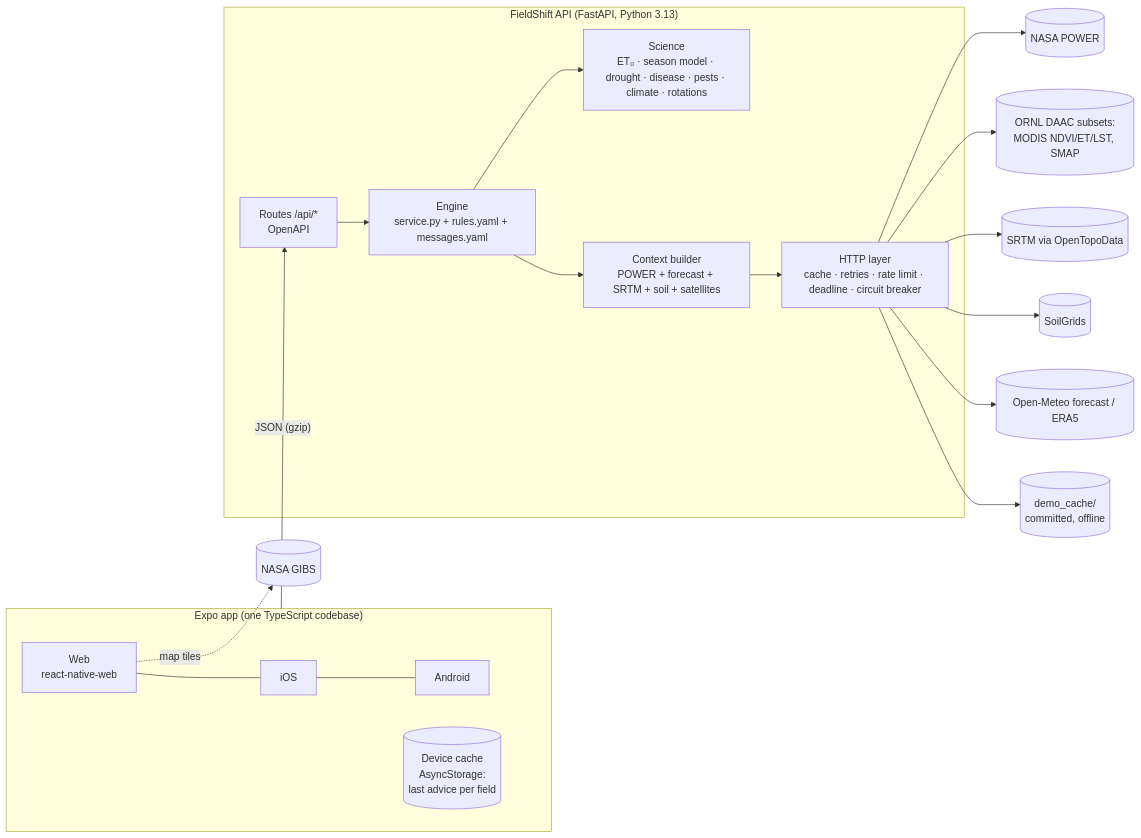
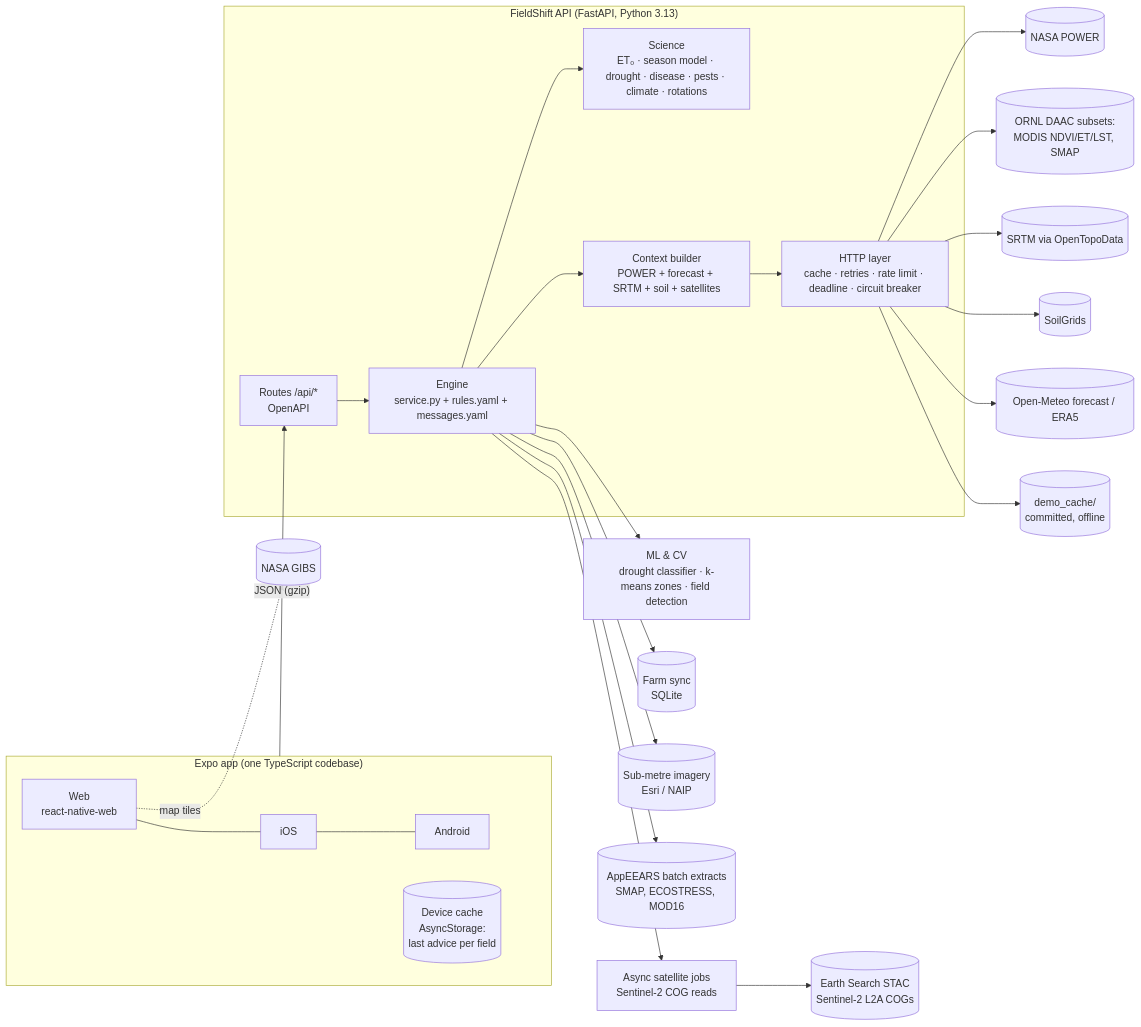
Before and after one commit to Intelligent-Agriculture-Labs/Intelligent-Agriculture: the diagram in docs/ARCHITECTURE.md, drawn with Mermaid. The commit also changed other lines of this file, not shown here.

Commit message:
Architecture: ML/CV, satellite jobs, sync, AppEEARS

````diff
--- a/docs/ARCHITECTURE.md
+++ b/docs/ARCHITECTURE.md
@@ -3,21 +3,27 @@
 ```mermaid
 flowchart LR
   subgraph Client["Expo app (one TypeScript codebase)"]
     W[Web<br/>react-native-web] --- I[iOS] --- A[Android]
     C[(Device cache<br/>AsyncStorage:<br/>last advice per field)]
   end
   subgraph API["FieldShift API (FastAPI, Python 3.13)"]
     R[Routes /api/*<br/>OpenAPI] --> E[Engine<br/>service.py + rules.yaml + messages.yaml]
     E --> S[Science<br/>ET₀ · season model · drought · disease · pests · climate · rotations]
     E --> X[Context builder<br/>POWER + forecast + SRTM + soil + satellites]
     X --> H[HTTP layer<br/>cache · retries · rate limit · deadline · circuit breaker]
   end
   H --> P[(NASA POWER)]
   H --> O[(ORNL DAAC subsets:<br/>MODIS NDVI/ET/LST, SMAP)]
   H --> T[(SRTM via OpenTopoData)]
   H --> G[(SoilGrids)]
   H --> M[(Open-Meteo forecast / ERA5)]
   H --> DC[(demo_cache/<br/>committed, offline)]
+  E --> ML[ML & CV<br/>drought classifier · k-means zones · field detection]
+  E --> SATJ[Async satellite jobs<br/>Sentinel-2 COG reads]
+  SATJ --> S2[(Earth Search STAC<br/>Sentinel-2 L2A COGs)]
+  E --> FARM[(Farm sync<br/>SQLite)]
+  E --> IMG[(Sub-metre imagery<br/>Esri / NAIP)]
+  E --> AE[(AppEEARS batch extracts<br/>SMAP, ECOSTRESS, MOD16)]
   Client -- JSON (gzip) --> R
   W -. map tiles .-> GIBS[(NASA GIBS)]
 ```
````
